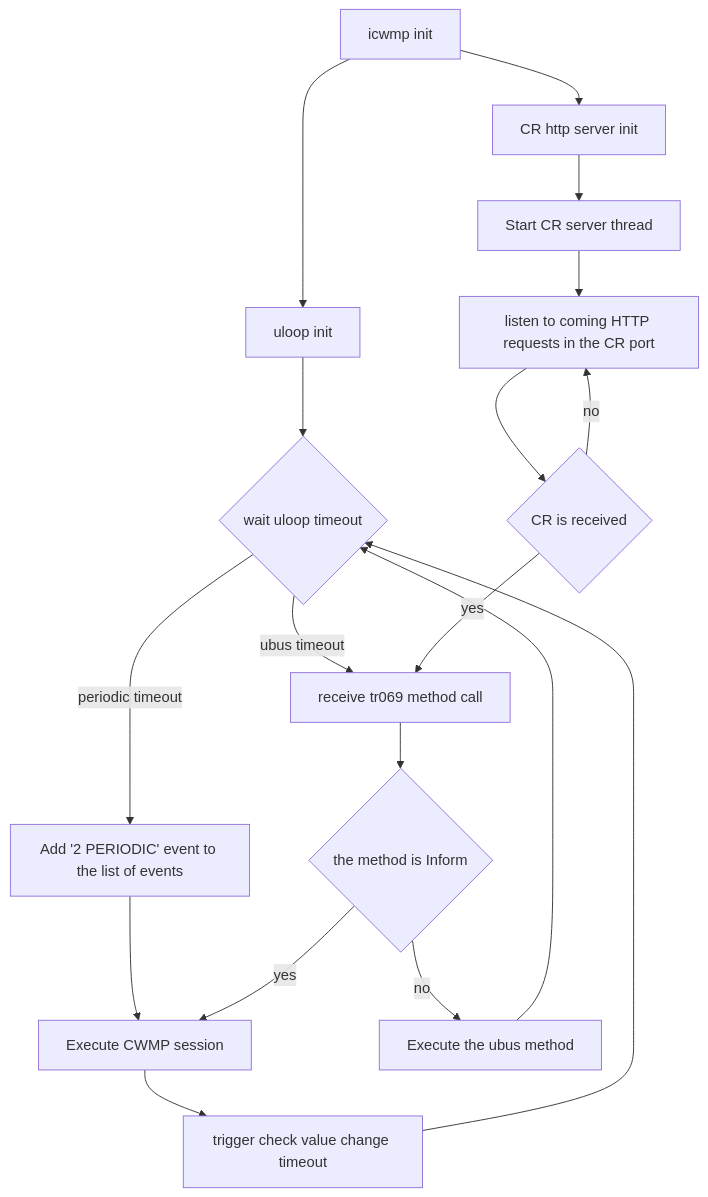
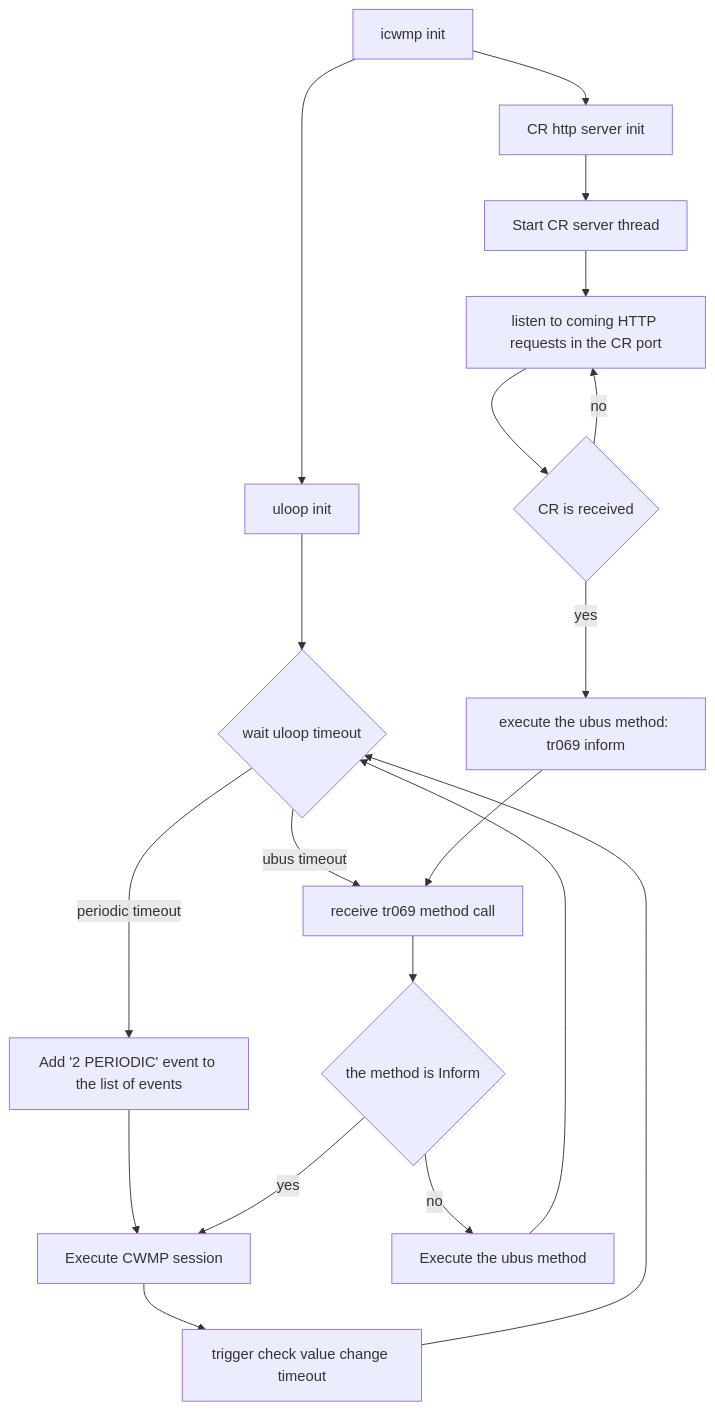
The third of 4 diagrams in docs/design/design.md (gebruno/icwmp), drawn with Mermaid before and after one commit. The commit also changed other lines of this file and 8 other files, not shown here.

````diff
--- a/docs/design/design.md
+++ b/docs/design/design.md
@@ -88,20 +88,21 @@
 ```mermaid
 flowchart TD
 	A[icwmp init] --> B[uloop init]
 	A --> C[CR http server init]
 	B --> D{wait uloop timeout}
 	D -- ubus timeout --> E[receive tr069 method call]
 	D -- periodic timeout --> F[Add '2 PERIODIC' event to the list of events]
 	F --> G[Execute CWMP session]
 	G --> H[trigger check value change timeout]
 	H --> D
 	E --> I{the method is Inform}
 	I -- yes --> G
 	I -- no --> J[Execute the ubus method]
 	J --> D
 	C --> K[Start CR server thread]
 	K --> L[listen to coming HTTP requests in the CR port]
 	L --> M{CR is received}
-	M -- yes --> E
+	M -- yes --> N[execute the ubus method: tr069 inform]
+	N --> E
 	M -- no --> L
 ```
````
